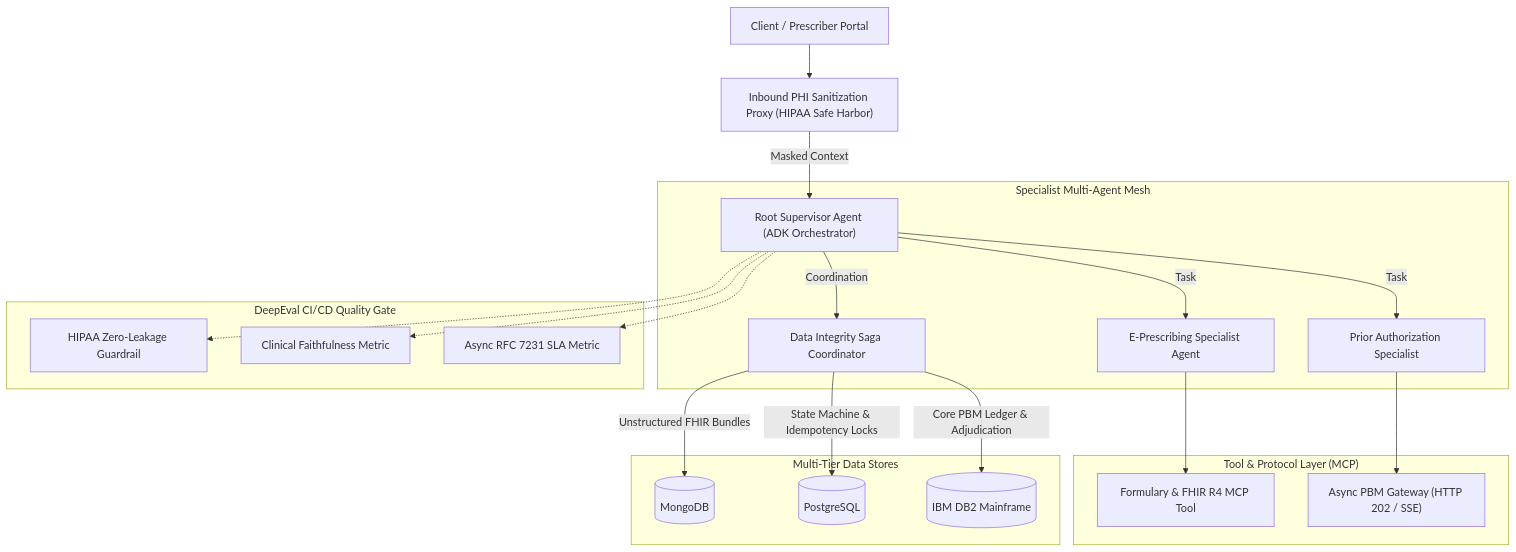
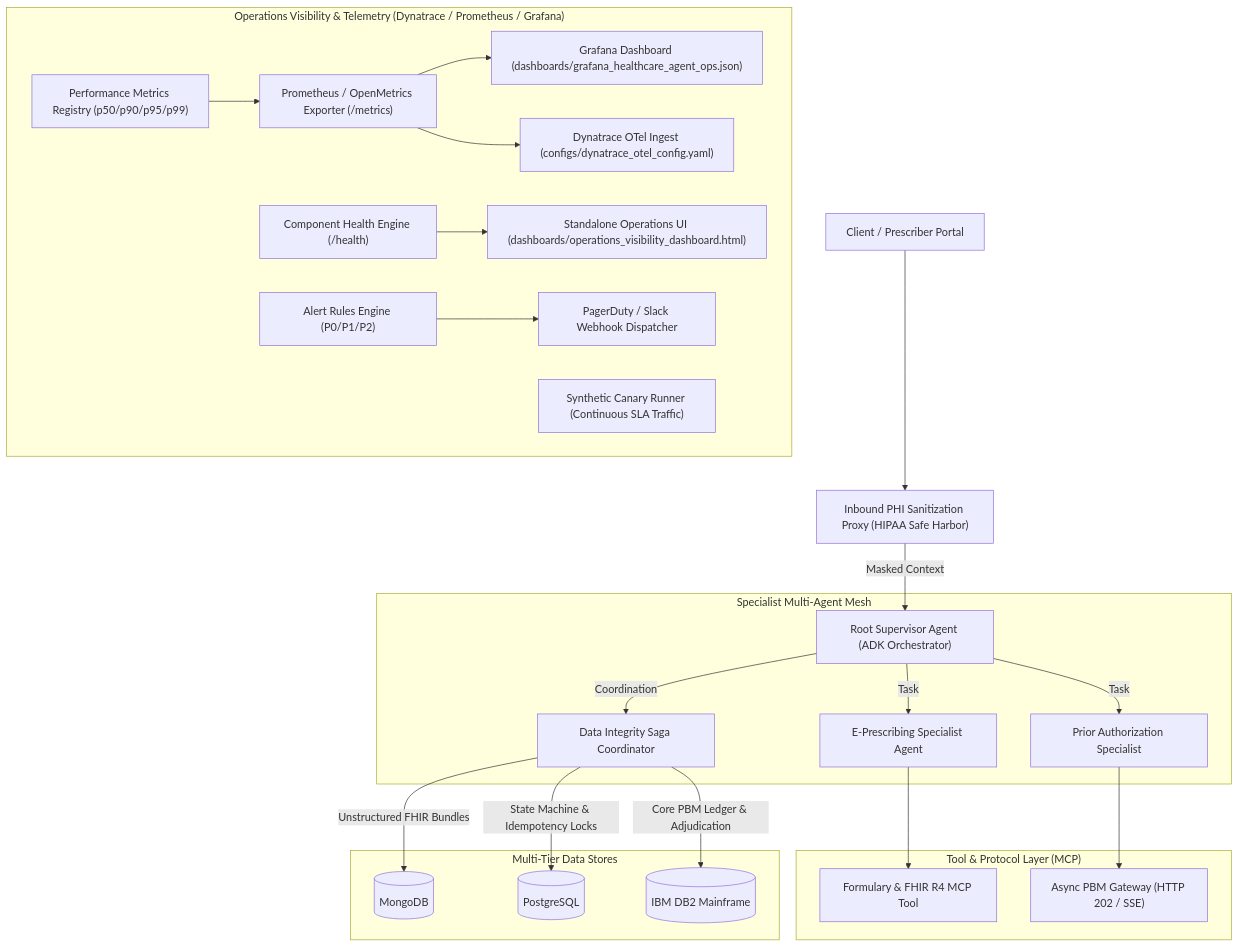
The diagram in README.md (smkpt/Agent-Eval), drawn with Mermaid before and after one commit. The commit also changed other lines of this file and 15 other files, not shown here.

Commit message:
feat: add Dynatrace, Prometheus/Grafana dashboard, synthetic canary runner, and component health monitoring

````diff
--- a/README.md
+++ b/README.md
@@ -14,28 +15,35 @@
 ```mermaid
 flowchart TD
     Client["Client / Prescriber Portal"] --> Proxy["Inbound PHI Sanitization Proxy (HIPAA Safe Harbor)"]
     Proxy -->|Masked Context| Orchestrator["Root Supervisor Agent (ADK Orchestrator)"]
 
     subgraph AgentMesh["Specialist Multi-Agent Mesh"]
         Orchestrator -->|Task| PrescriberAgent["E-Prescribing Specialist Agent"]
         Orchestrator -->|Task| PriorAuthAgent["Prior Authorization Specialist"]
         Orchestrator -->|Coordination| SagaCoordinator["Data Integrity Saga Coordinator"]
     end
 
     subgraph MCPContext["Tool & Protocol Layer (MCP)"]
         PrescriberAgent --> FormularyMCP["Formulary & FHIR R4 MCP Tool"]
         PriorAuthAgent --> AsyncPBM["Async PBM Gateway (HTTP 202 / SSE)"]
     end
 
     subgraph DataStores["Multi-Tier Data Stores"]
         SagaCoordinator -->|Unstructured FHIR Bundles| Mongo[(MongoDB)]
         SagaCoordinator -->|State Machine & Idempotency Locks| Postgres[(PostgreSQL)]
         SagaCoordinator -->|Core PBM Ledger & Adjudication| DB2[(IBM DB2 Mainframe)]
     end
 
-    subgraph EvalGate["DeepEval CI/CD Quality Gate"]
-        Orchestrator -.-> PHIEval["HIPAA Zero-Leakage Guardrail"]
-        Orchestrator -.-> FaithEval["Clinical Faithfulness Metric"]
-        Orchestrator -.-> SLAEval["Async RFC 7231 SLA Metric"]
+    subgraph ObservabilityMesh["Operations Visibility & Telemetry (Dynatrace / Prometheus / Grafana)"]
+        MetricsRegistry["Performance Metrics Registry (p50/p90/p95/p99)"]
+        HealthProbes["Component Health Engine (/health)"]
+        AlertEngine["Alert Rules Engine (P0/P1/P2)"]
+        CanaryRunner["Synthetic Canary Runner (Continuous SLA Traffic)"]
+        
+        MetricsRegistry --> PromExp["Prometheus / OpenMetrics Exporter (/metrics)"]
+        PromExp --> GrafanaDash["Grafana Dashboard (dashboards/grafana_healthcare_agent_ops.json)"]
+        PromExp --> DynatraceOTel["Dynatrace OTel Ingest (configs/dynatrace_otel_config.yaml)"]
+        HealthProbes --> HTMLDashboard["Standalone Operations UI (dashboards/operations_visibility_dashboard.html)"]
+        AlertEngine --> SlackAlerts["PagerDuty / Slack Webhook Dispatcher"]
     end
 ```
````
